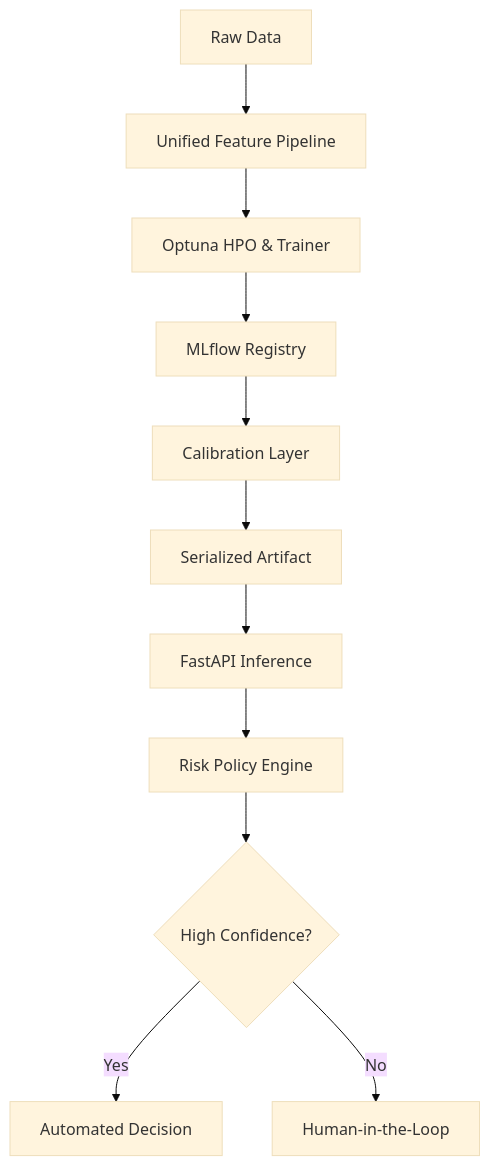
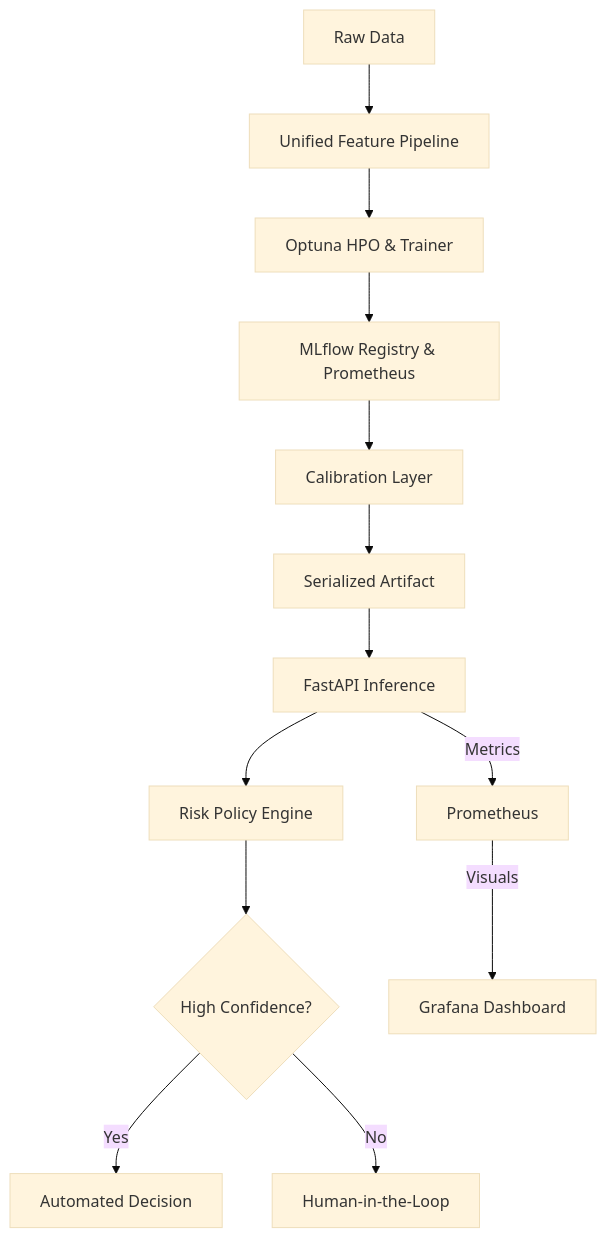
Before and after one commit to AbhijitMore/kairos: the diagram in README.md, drawn with Mermaid (base theme). The commit also changed other lines of this file, not shown here.

First line of the commit message:
docs: finalize README with observability, architecture, and quality sections

````diff
--- a/README.md
+++ b/README.md
@@ -59,14 +51,17 @@
 ```mermaid
 graph TD
     A[Raw Data] --> B[Unified Feature Pipeline]
     B --> C[Optuna HPO & Trainer]
-    C --> D[MLflow Registry]
+    C --> D[MLflow Registry & Prometheus]
     D --> E[Calibration Layer]
     E --> F[Serialized Artifact]
 
     F --> G[FastAPI Inference]
     G --> H[Risk Policy Engine]
     H --> I{High Confidence?}
     I -- Yes --> J[Automated Decision]
     I -- No --> K[Human-in-the-Loop]
+
+    G -->|Metrics| P[Prometheus]
+    P -->|Visuals| Gr[Grafana Dashboard]
 ```
````
